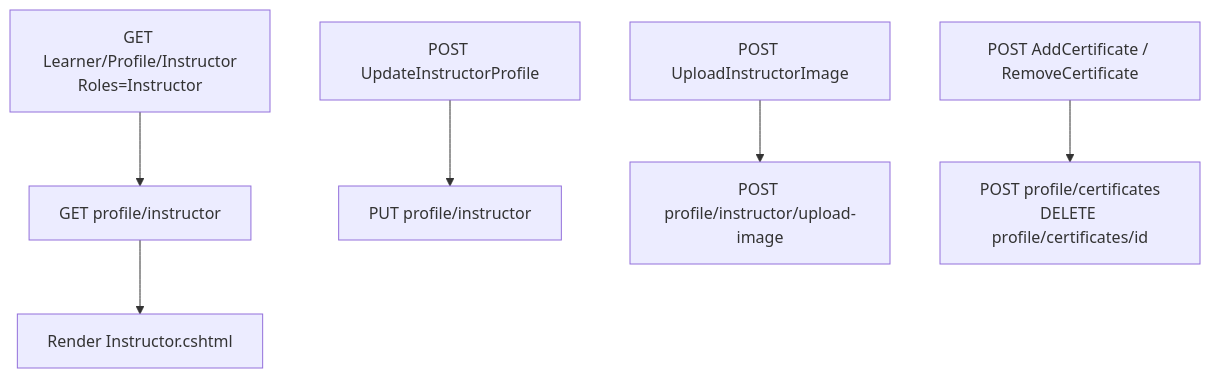
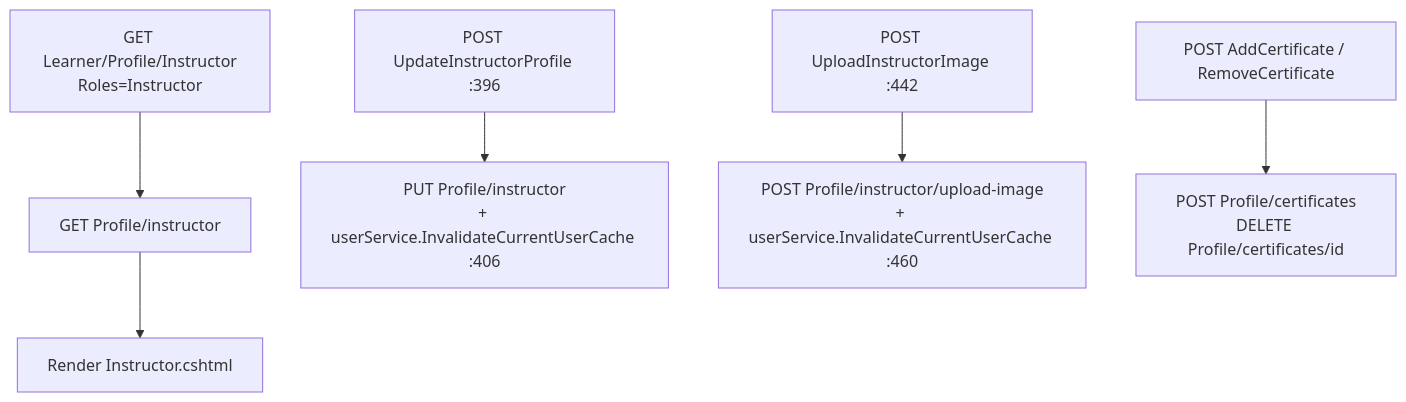
One commit to MohamedGasser15/Education-Lab changed the second of 4 diagrams in Documentation/Modules/MVC/Learner/ProfileController.md. Above: the diagram before and after it, drawn with Mermaid. The commit also changed other lines of this file and 20 other files, not shown here.

Commit message:
docs(modules): update system architecture and module documentation

````diff
--- a/Documentation/Modules/MVC/Learner/ProfileController.md
+++ b/Documentation/Modules/MVC/Learner/ProfileController.md
@@ -121,8 +124,8 @@
 ```mermaid
 flowchart TD
-    A[GET Learner/Profile/Instructor<br/>Roles=Instructor] --> B[GET profile/instructor]
+    A[GET Learner/Profile/Instructor<br/>Roles=Instructor] --> B[GET Profile/instructor]
     B --> C[Render Instructor.cshtml]
-    D[POST UpdateInstructorProfile] --> E[PUT profile/instructor]
-    F[POST UploadInstructorImage] --> G[POST profile/instructor/upload-image]
-    H[POST AddCertificate / RemoveCertificate] --> I[POST profile/certificates<br/>DELETE profile/certificates/id]
+    D[POST UpdateInstructorProfile :396] --> E[PUT Profile/instructor<br/>+ userService.InvalidateCurrentUserCache :406]
+    F[POST UploadInstructorImage :442] --> G[POST Profile/instructor/upload-image<br/>+ userService.InvalidateCurrentUserCache :460]
+    H[POST AddCertificate / RemoveCertificate] --> I[POST Profile/certificates<br/>DELETE Profile/certificates/id]
 ```
````
